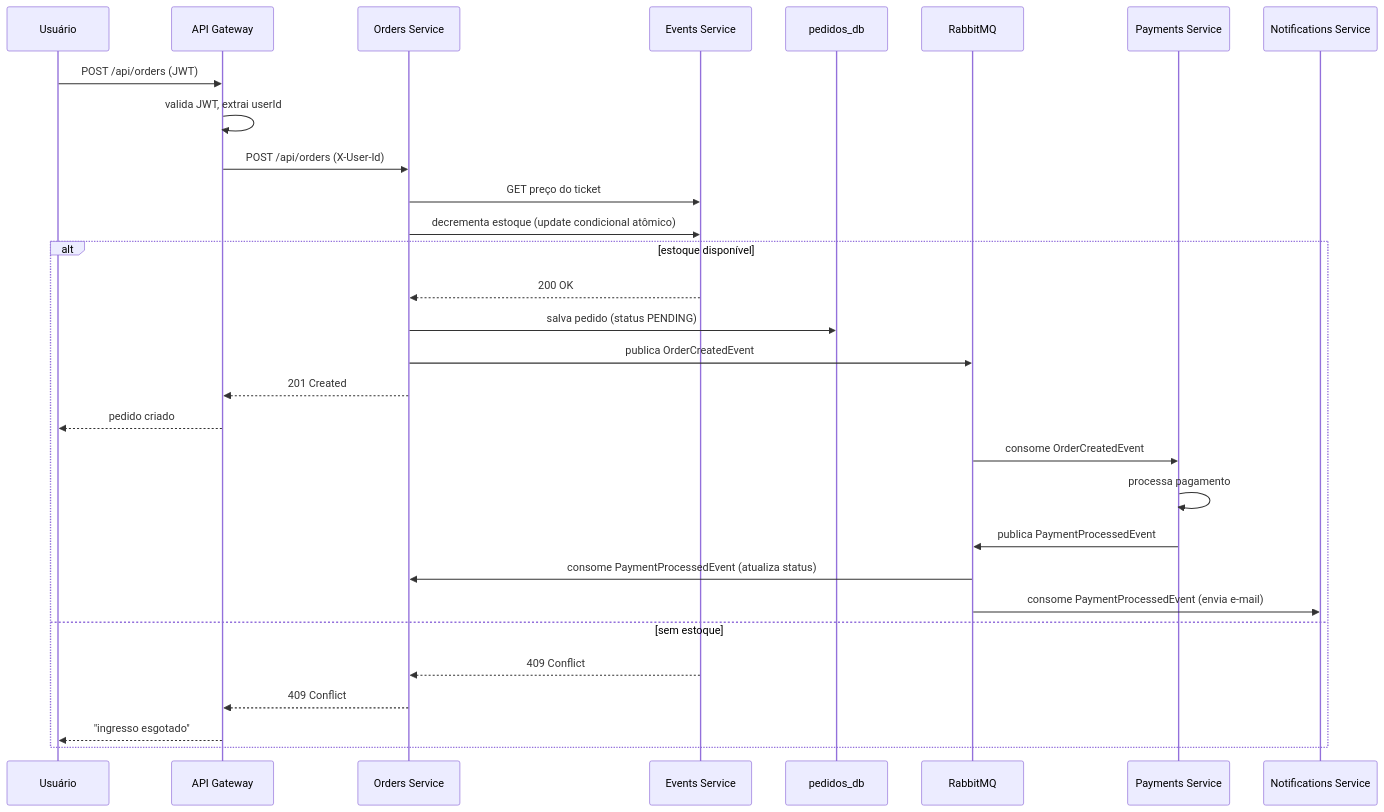
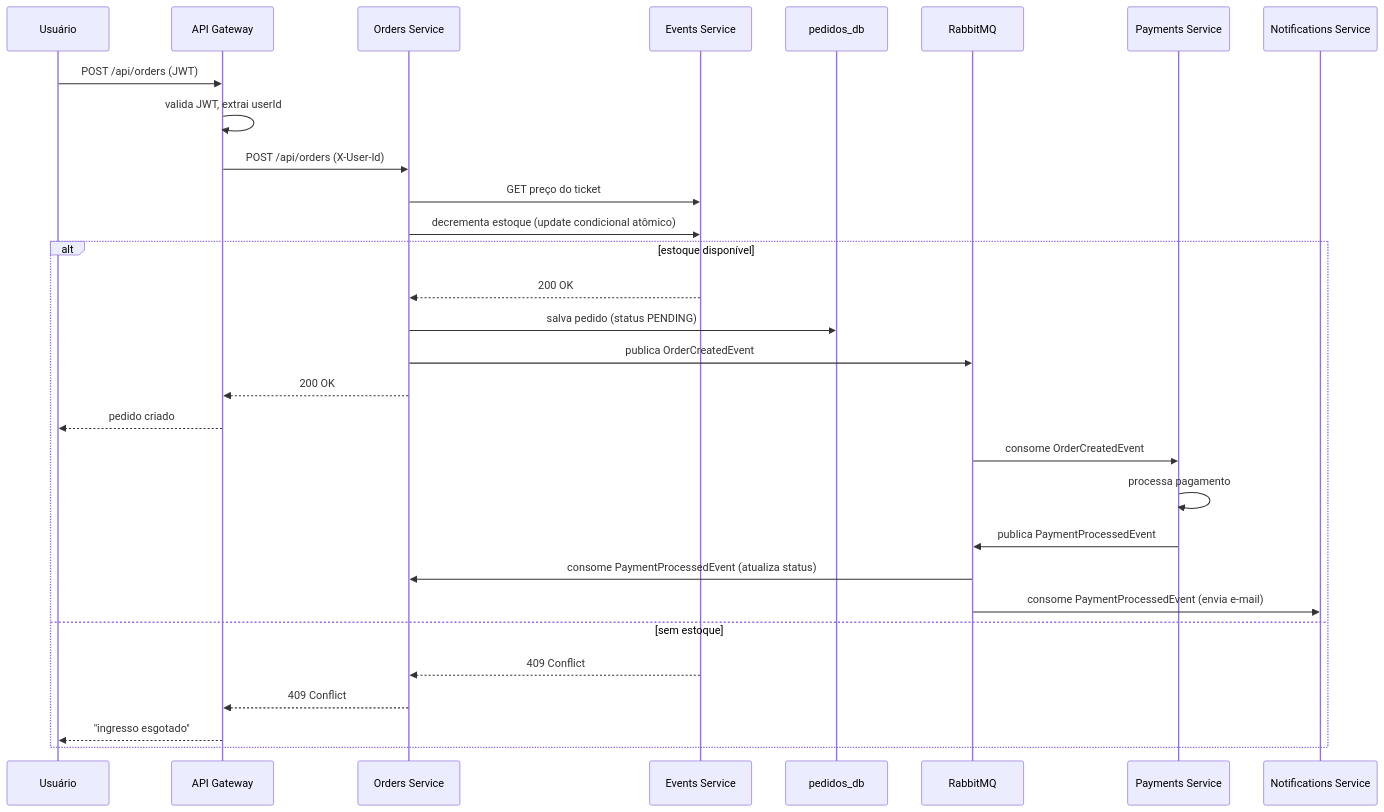
One commit to guilhermeariza/ticket-system changed the second of 2 diagrams in README.md. Above: the diagram before and after it, drawn with Mermaid. The commit also changed 8 other files, not shown here.

````diff
--- a/README.md
+++ b/README.md
@@ -97,33 +97,33 @@
 ```mermaid
 sequenceDiagram
     participant U as Usuário
     participant GW as API Gateway
     participant O as Orders Service
     participant EV as Events Service
     participant DB as pedidos_db
     participant MQ as RabbitMQ
     participant PAY as Payments Service
     participant N as Notifications Service
 
     U->>GW: POST /api/orders (JWT)
     GW->>GW: valida JWT, extrai userId
     GW->>O: POST /api/orders (X-User-Id)
     O->>EV: GET preço do ticket
     O->>EV: decrementa estoque (update condicional atômico)
     alt estoque disponível
         EV-->>O: 200 OK
         O->>DB: salva pedido (status PENDING)
         O->>MQ: publica OrderCreatedEvent
-        O-->>GW: 201 Created
+        O-->>GW: 200 OK
         GW-->>U: pedido criado
         MQ->>PAY: consome OrderCreatedEvent
         PAY->>PAY: processa pagamento
         PAY->>MQ: publica PaymentProcessedEvent
         MQ->>O: consome PaymentProcessedEvent (atualiza status)
         MQ->>N: consome PaymentProcessedEvent (envia e-mail)
     else sem estoque
         EV-->>O: 409 Conflict
         O-->>GW: 409 Conflict
         GW-->>U: "ingresso esgotado"
     end
 ```
````
